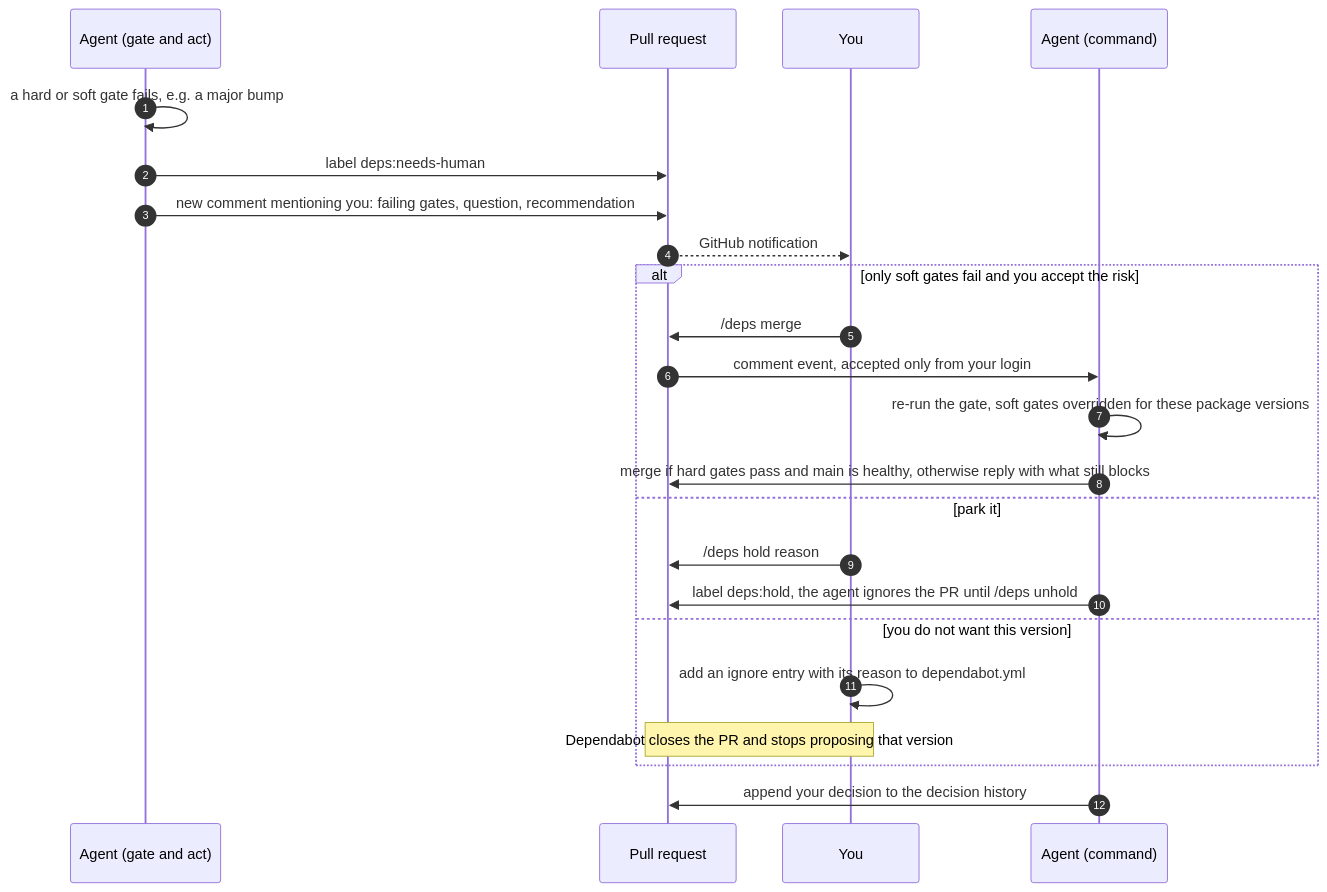
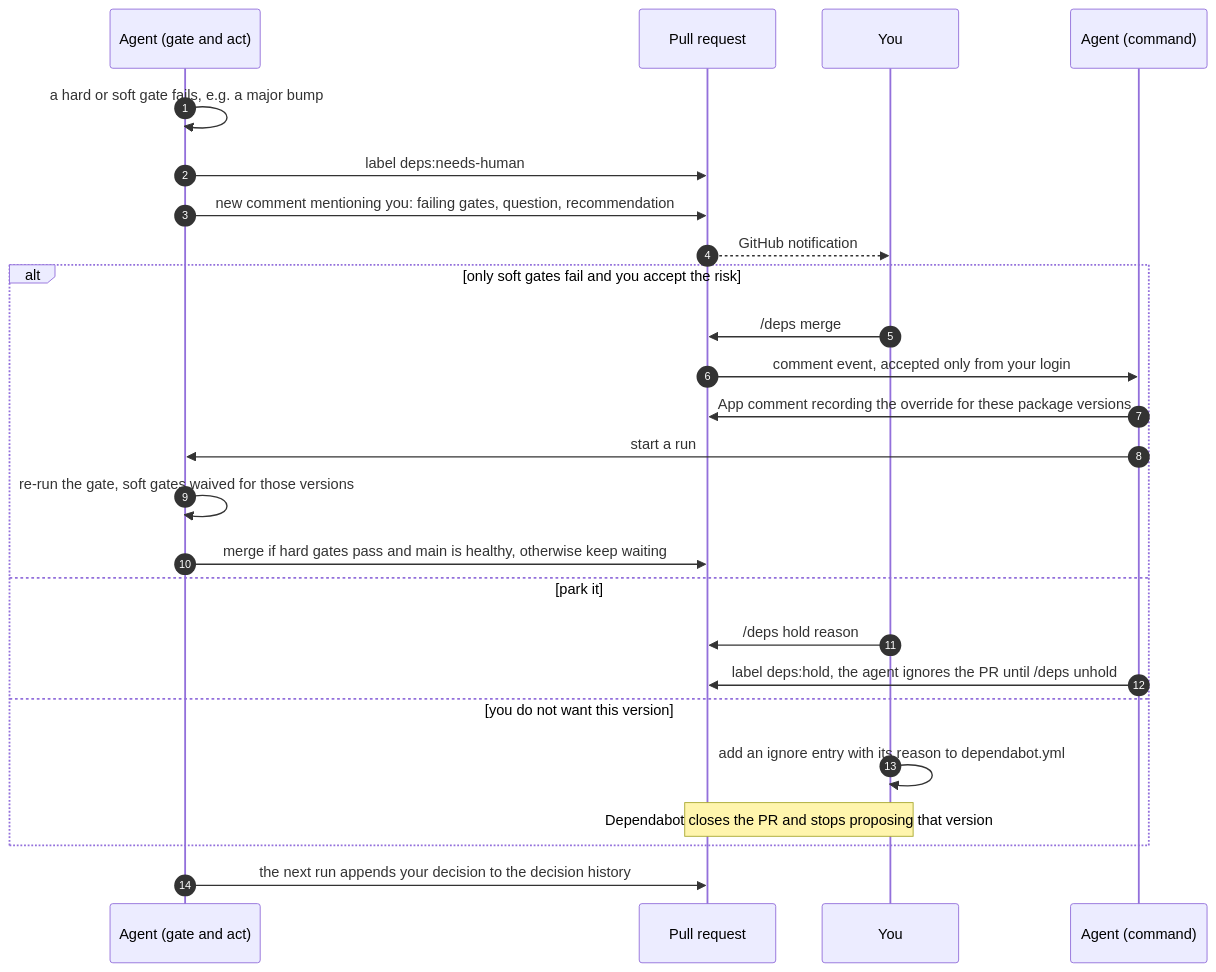
The second of 4 diagrams in docs/deps/README.md (gleanary/gleanary), drawn with Mermaid before and after one commit. The commit also changed other lines of this file and 11 other files, not shown here.

````diff
--- a/docs/deps/README.md
+++ b/docs/deps/README.md
@@ -86,26 +86,28 @@
 ```mermaid
 sequenceDiagram
     autonumber
     participant G as Agent (gate and act)
     participant PR as Pull request
     participant O as You
     participant K as Agent (command)
 
     G->>G: a hard or soft gate fails, e.g. a major bump
     G->>PR: label deps:needs-human
     G->>PR: new comment mentioning you: failing gates, question, recommendation
     PR-->>O: GitHub notification
     alt only soft gates fail and you accept the risk
         O->>PR: /deps merge
         PR->>K: comment event, accepted only from your login
-        K->>K: re-run the gate, soft gates overridden for these package versions
-        K->>PR: merge if hard gates pass and main is healthy, otherwise reply with what still blocks
+        K->>PR: App comment recording the override for these package versions
+        K->>G: start a run
+        G->>G: re-run the gate, soft gates waived for those versions
+        G->>PR: merge if hard gates pass and main is healthy, otherwise keep waiting
     else park it
         O->>PR: /deps hold reason
         K->>PR: label deps:hold, the agent ignores the PR until /deps unhold
     else you do not want this version
         O->>O: add an ignore entry with its reason to dependabot.yml
         Note over O,PR: Dependabot closes the PR and stops proposing that version
     end
-    K->>PR: append your decision to the decision history
+    G->>PR: the next run appends your decision to the decision history
 ```
````
